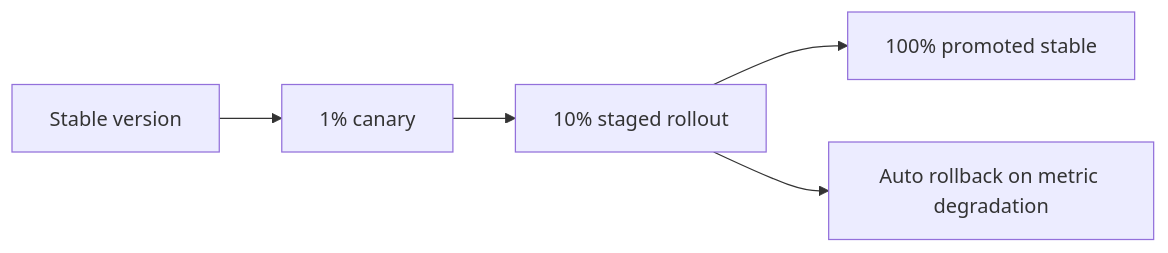
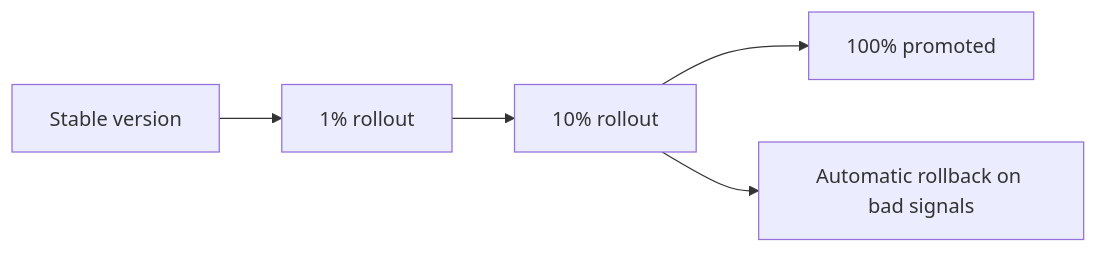
One commit to Nava-deep/ConfigControl changed the second of 2 diagrams in README.md. Above: the diagram before and after it, drawn with Mermaid. The commit also changed other lines of this file, not shown here.

````diff
--- a/README.md
+++ b/README.md
@@ -90,7 +87,7 @@
 ```mermaid
 flowchart LR
-    V1["Stable version"] --> P1["1% canary"]
-    P1 --> P10["10% staged rollout"]
-    P10 --> P100["100% promoted stable"]
-    P10 --> RB["Auto rollback on metric degradation"]
+    Stable["Stable version"] --> Canary1["1% rollout"]
+    Canary1 --> Canary10["10% rollout"]
+    Canary10 --> Full["100% promoted"]
+    Canary10 --> Rollback["Automatic rollback on bad signals"]
 ```
````
